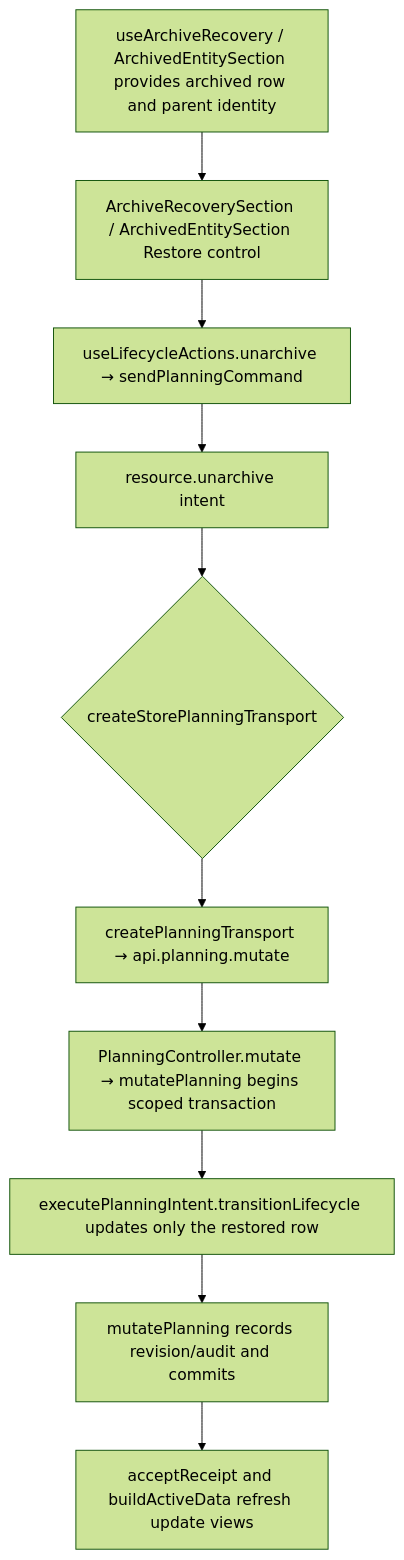
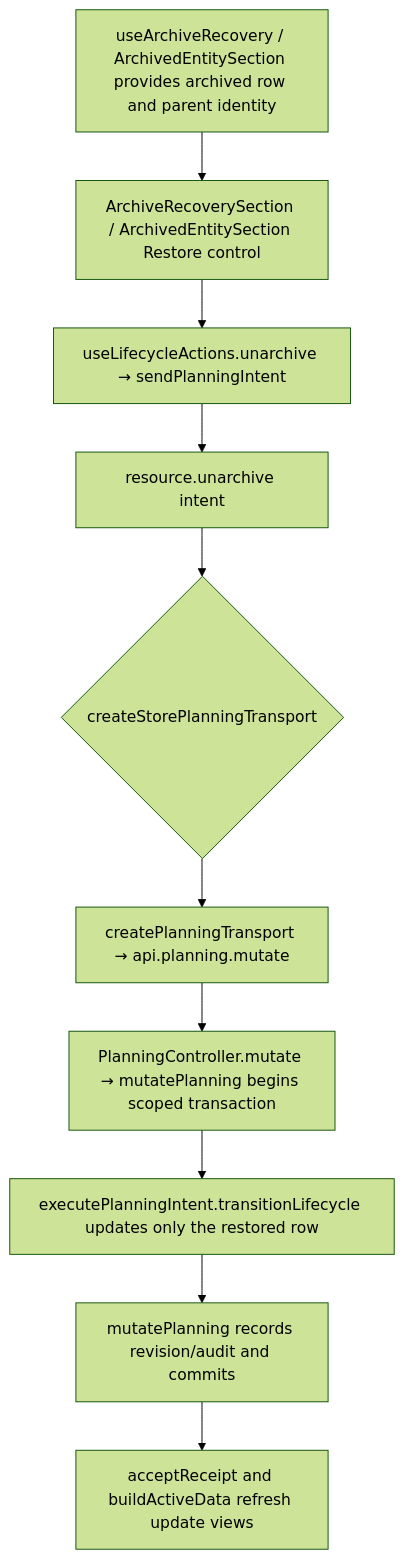
One commit to Kevinjohn/capacitylens changed the second of 2 diagrams in user-stories/resources/US-RES-13-restore-resource.md. Above: the diagram before and after it, drawn with Mermaid (forest theme). The commit also changed 55 other files, not shown here.

First line of the commit message:
Planning intent: rename planning commands to intents

````diff
--- a/user-stories/resources/US-RES-13-restore-resource.md
+++ b/user-stories/resources/US-RES-13-restore-resource.md
@@ -28,8 +28,8 @@
 ```mermaid
 flowchart TD
   A["useArchiveRecovery / ArchivedEntitySection provides archived row and parent identity"] --> B["ArchiveRecoverySection / ArchivedEntitySection Restore control"]
-  B --> C["useLifecycleActions.unarchive → sendPlanningCommand"] --> D["resource.unarchive intent"]
+  B --> C["useLifecycleActions.unarchive → sendPlanningIntent"] --> D["resource.unarchive intent"]
   D --> E{"createStorePlanningTransport"}
   E --> F["createPlanningTransport → api.planning.mutate"] --> G["PlanningController.mutate → mutatePlanning begins scoped transaction"]
   G --> H["executePlanningIntent.transitionLifecycle updates only the restored row"] --> K["mutatePlanning records revision/audit and commits"] --> J["acceptReceipt and buildActiveData refresh update views"]
 ```
````
